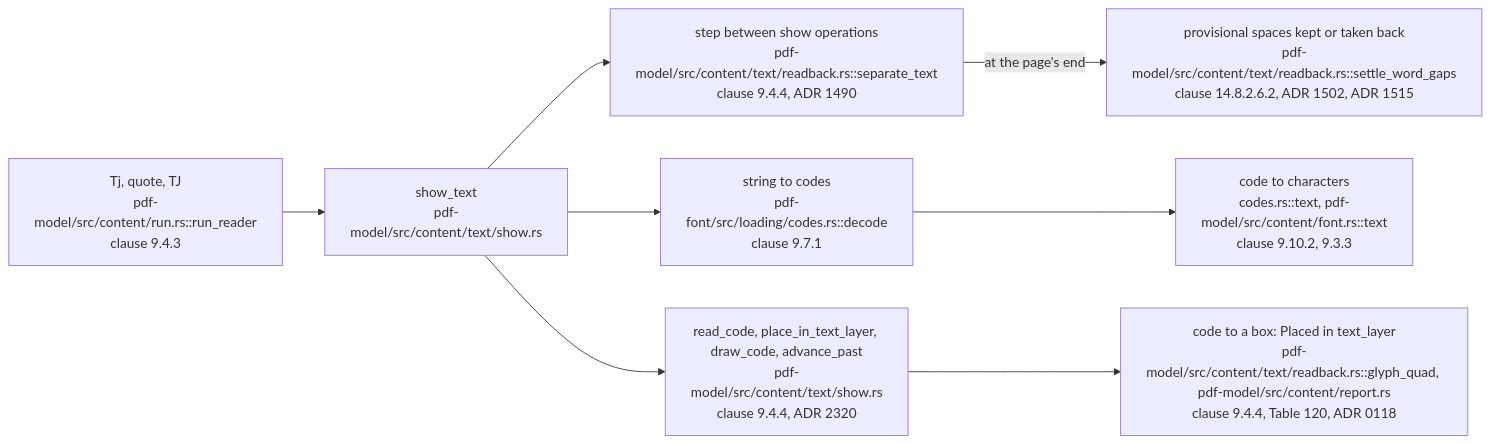
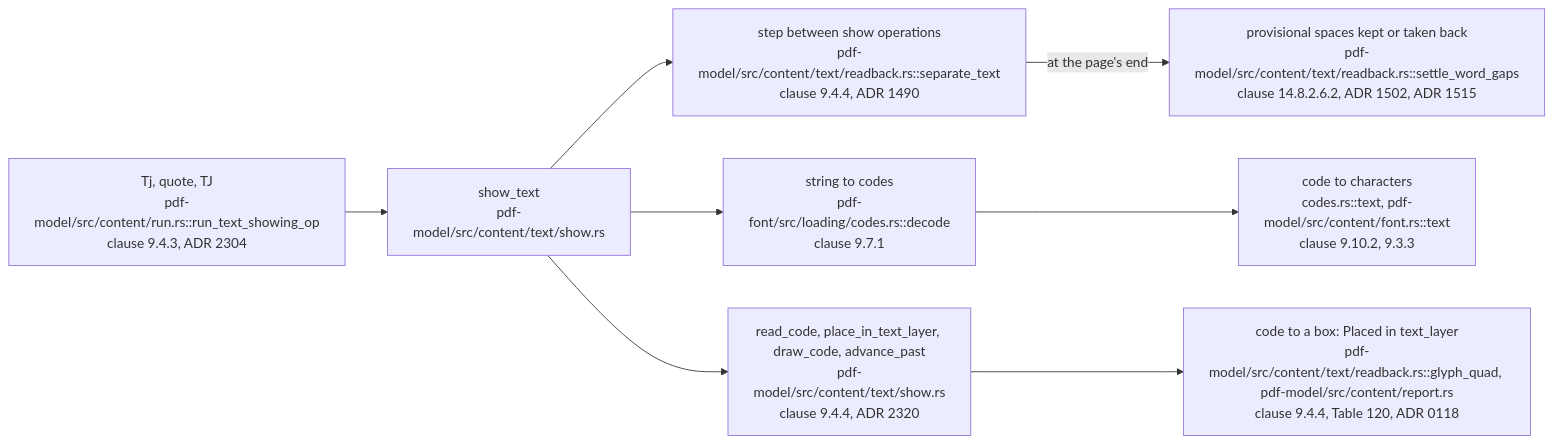
One commit to close2/pdf-viewer changed the second of 6 diagrams in doc/teaching/how-text-is-selected-and-copied.md. Above: the diagram before and after it, drawn with Mermaid. The commit also changed other lines of this file and 108 other files, not shown here.

````diff
--- a/doc/teaching/how-text-is-selected-and-copied.md
+++ b/doc/teaching/how-text-is-selected-and-copied.md
@@ -183,19 +184,19 @@
 ```mermaid
 flowchart LR
-    OP["Tj, quote, TJ<br/>pdf-model/src/content/run.rs::run_reader<br/>clause 9.4.3"]
+    OP["Tj, quote, TJ<br/>pdf-model/src/content/run.rs::run_text_showing_op<br/>clause 9.4.3, ADR 2304"]
     SHOW["show_text<br/>pdf-model/src/content/text/show.rs"]
     STEPS["read_code, place_in_text_layer, draw_code, advance_past<br/>pdf-model/src/content/text/show.rs<br/>clause 9.4.4, ADR 2320"]
     CODES["string to codes<br/>pdf-font/src/loading/codes.rs::decode<br/>clause 9.7.1"]
     CHARS["code to characters<br/>codes.rs::text, pdf-model/src/content/font.rs::text<br/>clause 9.10.2, 9.3.3"]
     QUAD["code to a box: Placed in text_layer<br/>pdf-model/src/content/text/readback.rs::glyph_quad, pdf-model/src/content/report.rs<br/>clause 9.4.4, Table 120, ADR 0118"]
     GAP["step between show operations<br/>pdf-model/src/content/text/readback.rs::separate_text<br/>clause 9.4.4, ADR 1490"]
     SETTLE["provisional spaces kept or taken back<br/>pdf-model/src/content/text/readback.rs::settle_word_gaps<br/>clause 14.8.2.6.2, ADR 1502, ADR 1515"]
 
     OP --> SHOW
     SHOW --> GAP
     SHOW --> CODES
     SHOW --> STEPS
     CODES --> CHARS
     STEPS --> QUAD
     GAP -->|"at the page's end"| SETTLE
 ```
````
